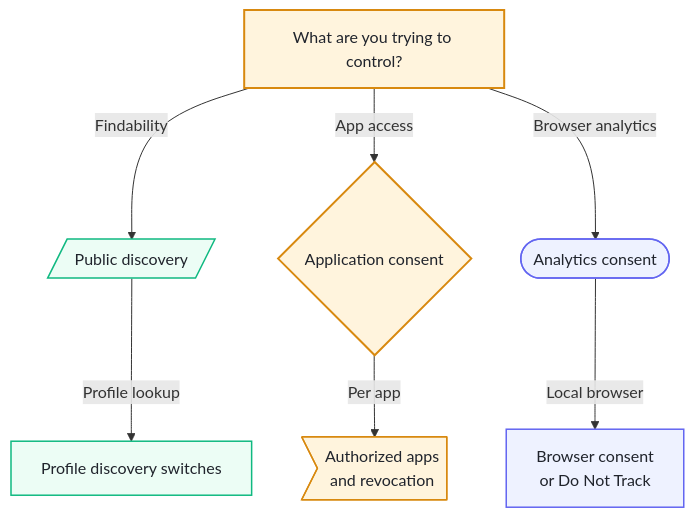
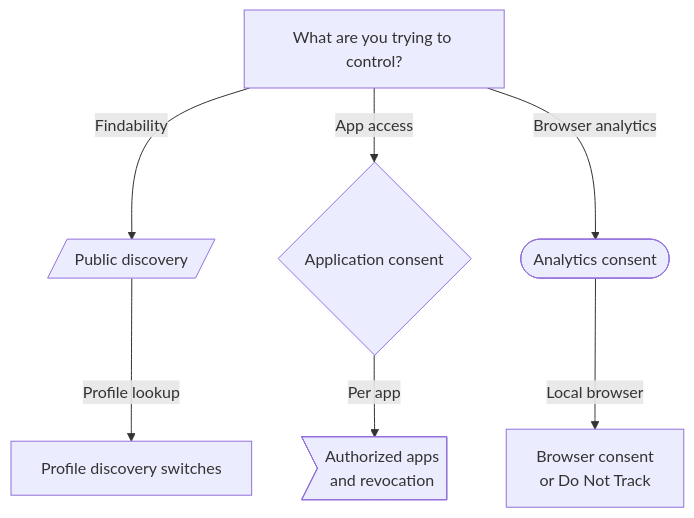
The diagram in docs/players/privacy-controls.md (ArkanisCorporation/CitizenId-docs), drawn with Mermaid before and after one commit. The commit also changed 7 other files, not shown here.

Commit message:
refactor: centralise diagram styling

````diff
--- a/docs/players/privacy-controls.md
+++ b/docs/players/privacy-controls.md
@@ -26,26 +26,22 @@
 ```mermaid
 flowchart TD
   start["What are you trying to control?"]
   discovery[/Public discovery/]
   consent{"Application consent"}
   analytics(["Analytics consent"])
   public["Profile discovery switches"]
   authorized>Authorized apps<br/>and revocation]
   local["Browser consent<br/>or Do Not Track"]
 
   start -->|"Findability"| discovery
   start -->|"App access"| consent
   start -->|"Browser analytics"| analytics
   discovery -->|"Profile lookup"| public
   consent -->|"Per app"| authorized
   analytics -->|"Local browser"| local
 
-  classDef decision fill:#fff4dd,stroke:#d8890f,color:#20242c,stroke-width:2px;
-  classDef data fill:#ecfdf5,stroke:#10b981,color:#20242c,stroke-width:1.5px;
-  classDef context fill:#eef2ff,stroke:#6366f1,color:#20242c,stroke-width:1.5px;
-  classDef caution fill:#fff4dd,stroke:#d8890f,color:#20242c,stroke-width:1.5px;
   class start,consent decision;
   class discovery,public data;
   class analytics,local context;
   class authorized caution;
 ```
````
